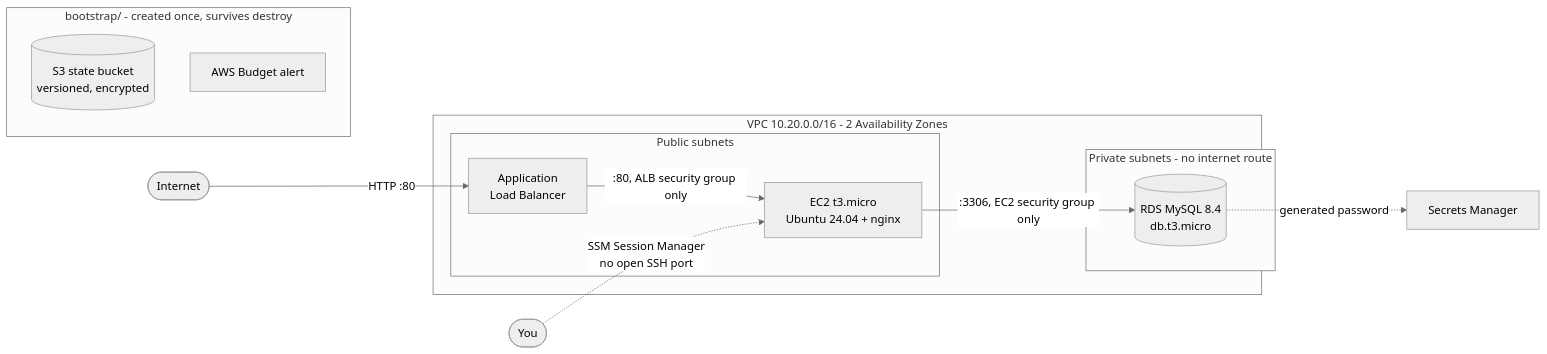
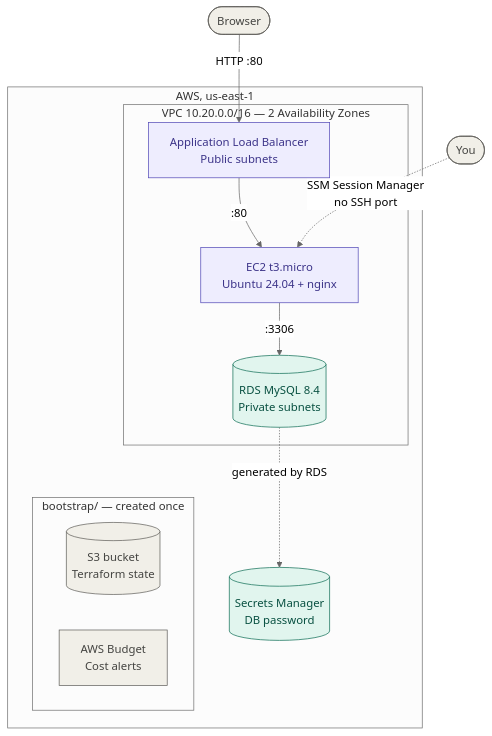
Before and after one commit to alexiglesias/terraform-freetier-localstack: the diagram in README.md, drawn with Mermaid (neutral theme). The commit also changed other lines of this file, not shown here.

Commit message:
docs: rewrite README with architecture, verification and cost; add LICENSE (#13)

````diff
--- a/README.md
+++ b/README.md
@@ -21,24 +35,31 @@
 ```mermaid
-flowchart LR
-    user([Internet]) -->|HTTP :80| alb
+flowchart TB
+    browser(["Browser"])
+    admin(["You"])
 
-    subgraph vpc["VPC 10.20.0.0/16 - 2 Availability Zones"]
-        subgraph public["Public subnets"]
-            alb[Application<br/>Load Balancer]
-            ec2[EC2 t3.micro<br/>Ubuntu 24.04 + nginx]
+    subgraph aws["AWS, us-east-1"]
+        subgraph vpc["VPC 10.20.0.0/16 — 2 Availability Zones"]
+            alb["Application Load Balancer<br/>Public subnets"]
+            ec2["EC2 t3.micro<br/>Ubuntu 24.04 + nginx"]
+            rds[("RDS MySQL 8.4<br/>Private subnets")]
         end
-        subgraph private["Private subnets - no internet route"]
-            rds[(RDS MySQL 8.4<br/>db.t3.micro)]
+        sm[("Secrets Manager<br/>DB password")]
+        subgraph boot["bootstrap/ — created once"]
+            s3[("S3 bucket<br/>Terraform state")]
+            budget["AWS Budget<br/>Cost alerts"]
         end
     end
 
-    alb -->|:80, ALB security group only| ec2
-    ec2 -->|:3306, EC2 security group only| rds
-    admin([You]) -.->|SSM Session Manager<br/>no open SSH port| ec2
-    rds -.->|generated password| sm[Secrets Manager]
+    browser -->|"HTTP :80"| alb
+    alb -->|":80"| ec2
+    ec2 -->|":3306"| rds
+    admin -.->|"SSM Session Manager<br/>no SSH port"| ec2
+    rds -.->|"generated by RDS"| sm
 
-    subgraph bootstrap["bootstrap/ - created once, survives destroy"]
-        s3[(S3 state bucket<br/>versioned, encrypted)]
-        budget[AWS Budget alert]
-    end
+    classDef traffic fill:#EEEDFE,stroke:#534AB7,color:#3C3489
+    classDef backend fill:#E1F5EE,stroke:#0F6E56,color:#085041
+    classDef support fill:#F1EFE8,stroke:#5F5E5A,color:#444441
+    class alb,ec2 traffic
+    class rds,sm backend
+    class browser,admin,s3,budget support
 ```
````
